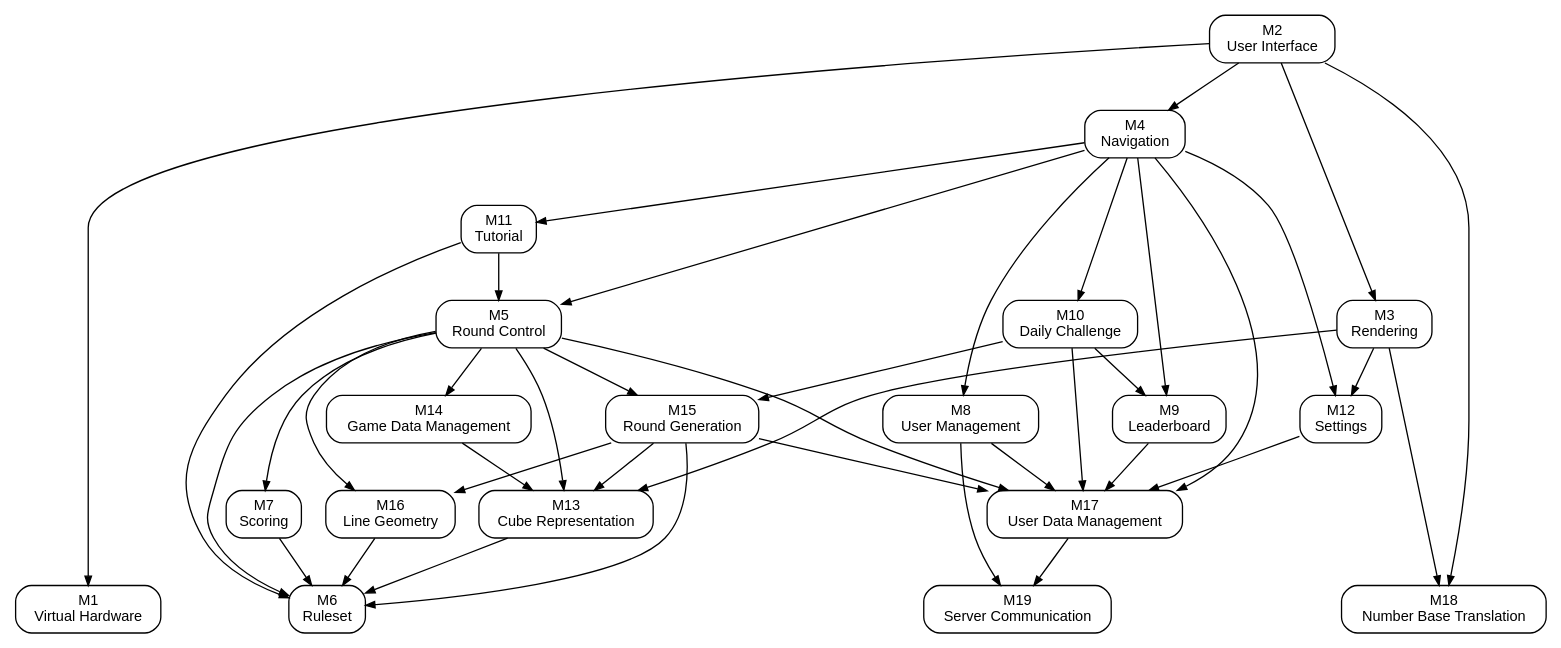
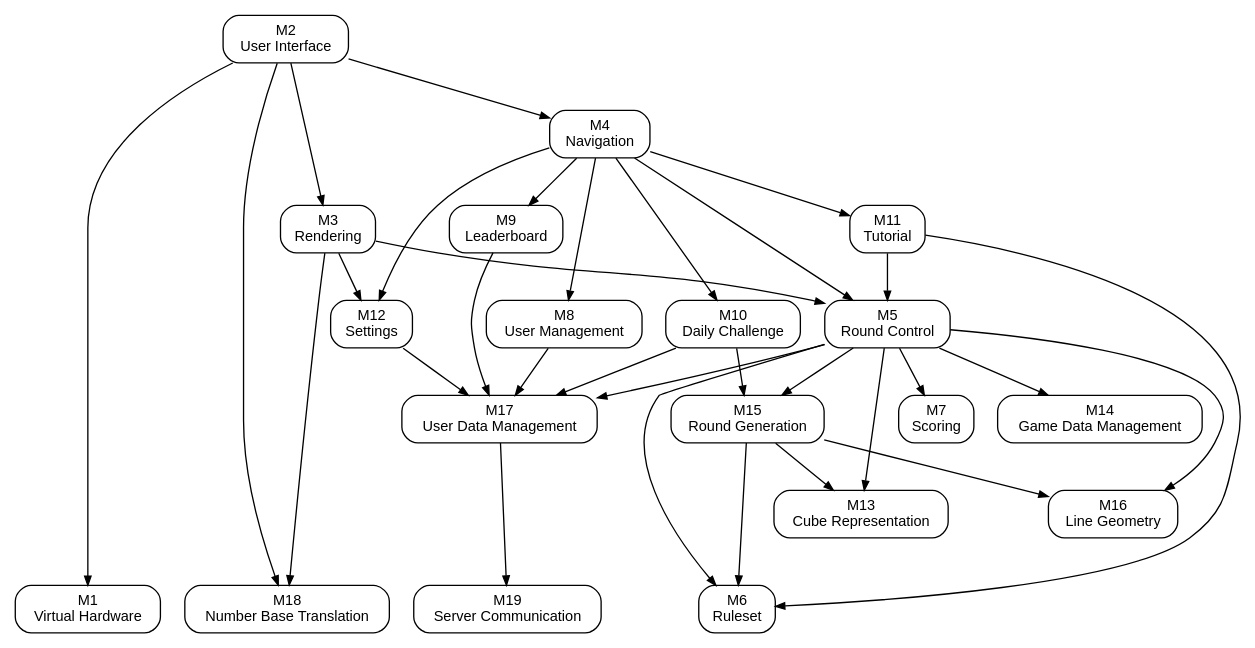
The diagram in docs/Design/SoftArchitecture/UsesHierarchy.dot (Jacob-MB/magic-8), drawn with Graphviz before and after one commit. The commit also changed 2 other files, not shown here.

```diff
--- a/docs/Design/SoftArchitecture/UsesHierarchy.dot
+++ b/docs/Design/SoftArchitecture/UsesHierarchy.dot
@@ -1,55 +1,52 @@
 // Uses hierarchy for the Magic 8 Module Guide (MG.tex, Figure "Use hierarchy among modules").
 // An arrow A -> B means module A uses module B.
 // Regenerate the figure with:
 //   dot -Tpng -Gdpi=200 UsesHierarchy.dot -o UsesHierarchy.png
 
 digraph UsesHierarchy {
     rankdir = TB;
     node [shape = box, style = rounded, fontname = "Helvetica", fontsize = 11];
     edge [arrowsize = 0.7];
 
     // Hardware-hiding modules
     VH  [label = "M1\nVirtual Hardware"];
 
     // Behaviour-hiding modules
     UI  [label = "M2\nUser Interface"];
     RE  [label = "M3\nRendering"];
     N   [label = "M4\nNavigation"];
     RC  [label = "M5\nRound Control"];
     R   [label = "M6\nRuleset"];
     SC  [label = "M7\nScoring"];
     UM  [label = "M8\nUser Management"];
     L   [label = "M9\nLeaderboard"];
     DC  [label = "M10\nDaily Challenge"];
     T   [label = "M11\nTutorial"];
     SE  [label = "M12\nSettings"];
 
     // Software decision modules
     CR  [label = "M13\nCube Representation"];
     GDM [label = "M14\nGame Data Management"];
     RG  [label = "M15\nRound Generation"];
     TG  [label = "M16\nLine Geometry"];
     UDM [label = "M17\nUser Data Management"];
     NBT [label = "M18\nNumber Base Translation"];
     SCM [label = "M19\nServer Communication"];
 
     // Modules that use no other module sit on the bottom row
     { rank = sink; VH; R; NBT; SCM; }
 
     // User Interface is the only point of contact with the user, so it sits at the top
     UI  -> { N RE NBT VH };
-    N   -> { RC T DC UM L SE UDM };
+    N   -> { RC T DC UM L SE };
     T   -> { RC R };
-    DC  -> { RG L UDM };
+    DC  -> { RG UDM };
     RC  -> { RG TG SC GDM CR R UDM };
-    RG  -> { TG R CR UDM };
-    RE  -> { CR NBT SE };
-    TG  -> R;
-    CR  -> R;
-    SC  -> R;
-    GDM -> CR;
-    UM  -> { UDM SCM };
+    RG  -> { TG R CR };
+    // Rendering reads the state it draws from Round Control's read-only access programs
+    RE  -> { RC NBT SE };
+    UM  -> { UDM };
     L   -> UDM;
     SE  -> UDM;
     UDM -> SCM;
 }
```
